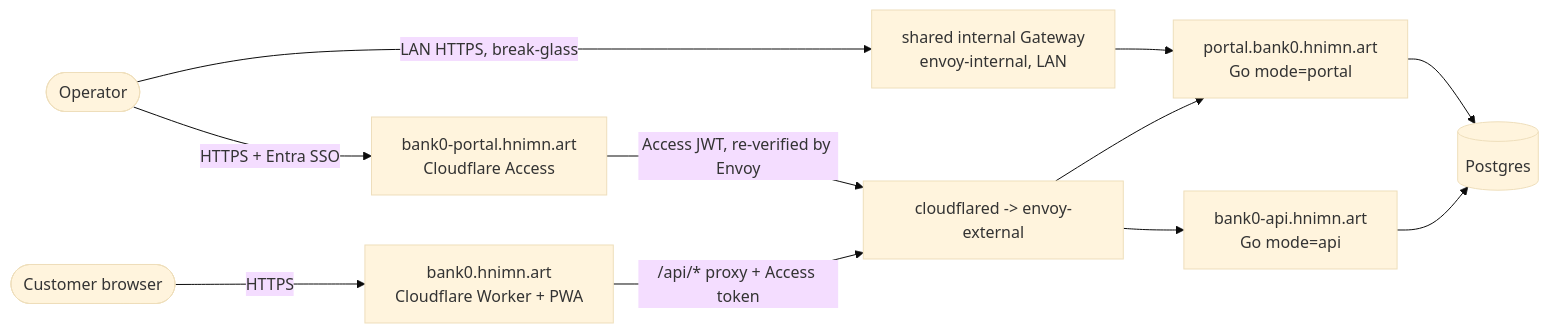
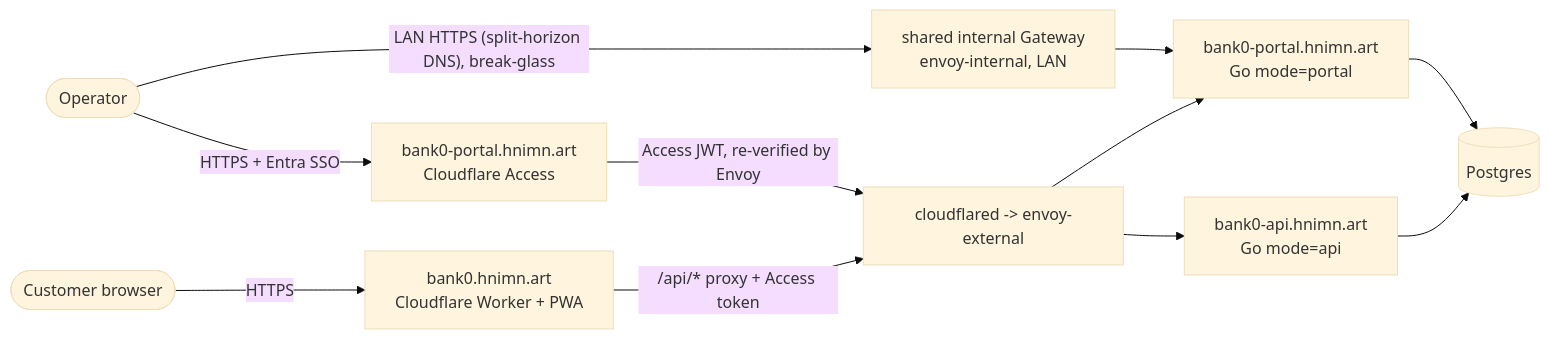
One commit to minhtt159/bank0 changed the first of 3 diagrams in docs/04-deployment.md. Above: the diagram before and after it, drawn with Mermaid (base theme). The commit also changed other lines of this file and 8 other files, not shown here.

First line of the commit message:
refactor: portal hostname is bank0-portal, portal.bank0 is gone

````diff
--- a/docs/04-deployment.md
+++ b/docs/04-deployment.md
@@ -43,13 +43,13 @@
 ```mermaid
 graph LR
-    Op([Operator]) -->|LAN HTTPS, break-glass| GWi["shared internal Gateway<br/>envoy-internal, LAN"]
+    Op([Operator]) -->|"LAN HTTPS (split-horizon DNS), break-glass"| GWi["shared internal Gateway<br/>envoy-internal, LAN"]
     Op -->|"HTTPS + Entra SSO"| CFA["bank0-portal.hnimn.art<br/>Cloudflare Access"]
     CFA -->|"Access JWT, re-verified by Envoy"| GWx
     Cust([Customer browser]) -->|HTTPS| CFW["bank0.hnimn.art<br/>Cloudflare Worker + PWA"]
     CFW -->|"/api/* proxy + Access token"| GWx["cloudflared -> envoy-external"]
-    GWi --> Portal["portal.bank0.hnimn.art<br/>Go mode=portal"]
+    GWi --> Portal["bank0-portal.hnimn.art<br/>Go mode=portal"]
     GWx --> API["bank0-api.hnimn.art<br/>Go mode=api"]
     GWx --> Portal
     Portal --> PG[(Postgres)]
     API --> PG
 ```
````
